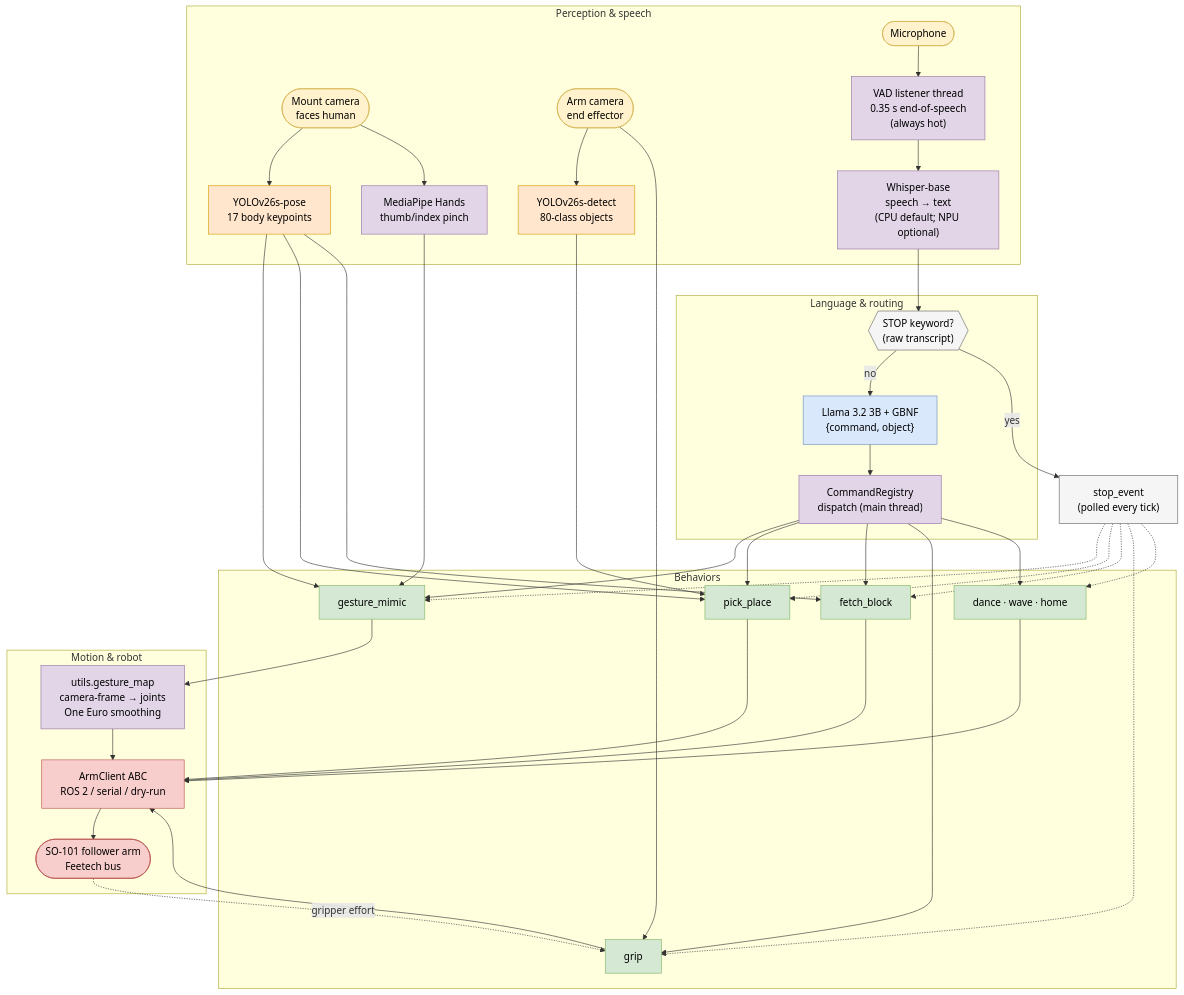
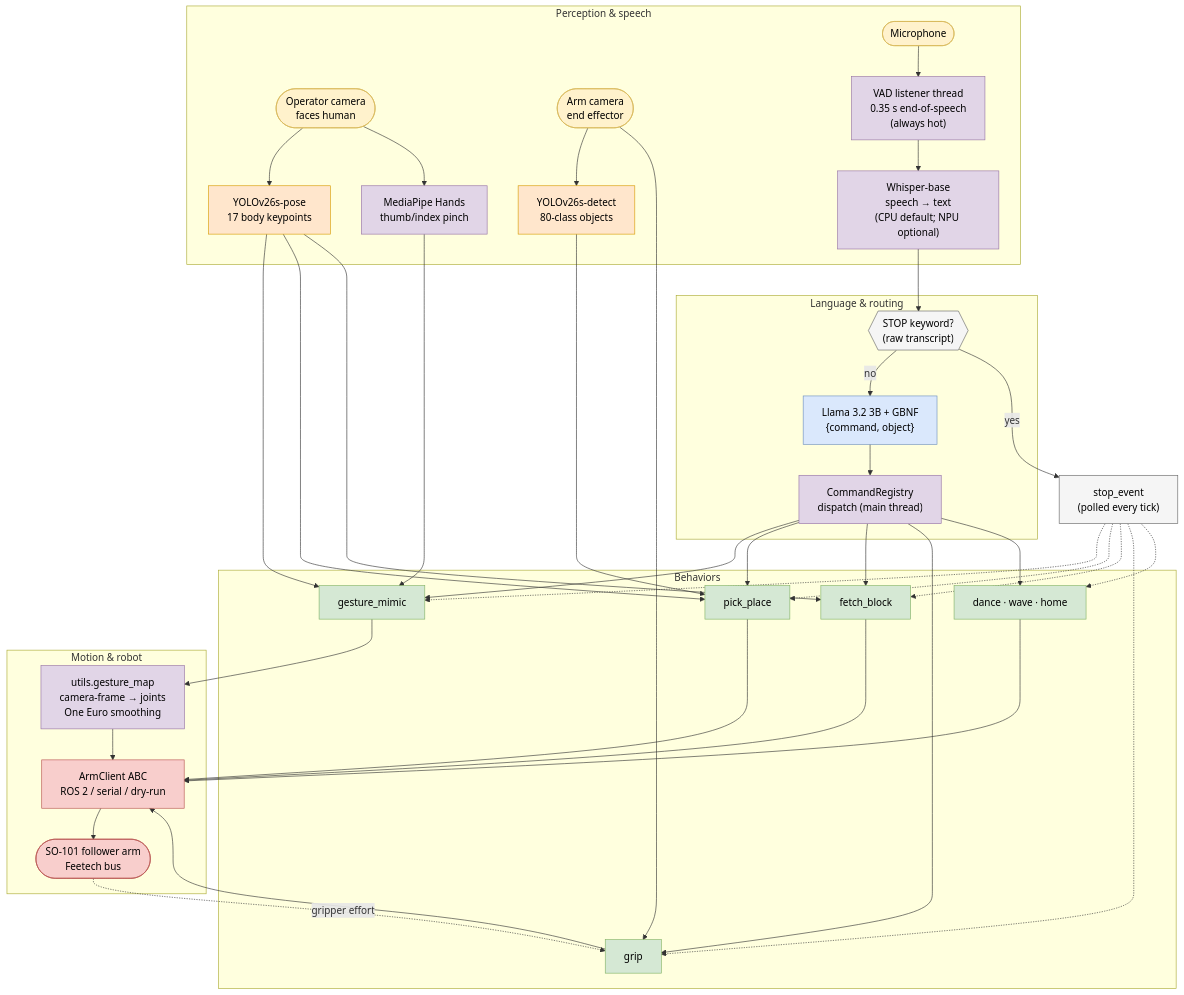
Before and after one commit to ThomasGmeinder/embedded-x86-ai: the first of 3 diagrams in workshops/vvla-pipeline/README.md, drawn with Mermaid. The commit also changed other lines of this file and 38 other files, not shown here.

Commit message:
Rename the user-facing "mount" camera to "operator".

````diff
--- a/workshops/vvla-pipeline/README.md
+++ b/workshops/vvla-pipeline/README.md
@@ -12,71 +12,71 @@
 ```mermaid
 flowchart TB
     subgraph SENSE["Perception &amp; speech"]
         MIC([Microphone]):::io
-        MOUNTCAM([Mount camera<br/>faces human]):::io
+        OPERATORCAM([Operator camera<br/>faces human]):::io
         ARMCAM([Arm camera<br/>end effector]):::io
 
         VAD["VAD listener thread<br/>0.35 s end-of-speech<br/>(always hot)"]:::cpu
         WHISPER["Whisper-base<br/>speech → text<br/>(CPU default; NPU optional)"]:::cpu
         POSE["YOLOv26s-pose<br/>17 body keypoints"]:::npu
         DETECT["YOLOv26s-detect<br/>80-class objects"]:::npu
         HANDS["MediaPipe Hands<br/>thumb/index pinch"]:::cpu
     end
 
     subgraph THINK["Language &amp; routing"]
         STOPCHK{{"STOP keyword?<br/>(raw transcript)"}}:::gate
         LLAMA["Llama 3.2 3B + GBNF<br/>{command, object}"]:::gpu
         REG["CommandRegistry<br/>dispatch (main thread)"]:::cpu
     end
 
     subgraph ACT["Behaviors"]
         MIMIC["gesture_mimic"]:::beh
         PICK["pick_place"]:::beh
         FETCH["fetch_block"]:::beh
         GRIP["grip"]:::beh
         OTHER["dance · wave · home"]:::beh
     end
 
     subgraph MOVE["Motion &amp; robot"]
         RETARGET["utils.gesture_map<br/>camera-frame → joints<br/>One Euro smoothing"]:::cpu
         ARMCLIENT["ArmClient ABC<br/>ROS 2 / serial / dry-run"]:::robot
         ARM([SO-101 follower arm<br/>Feetech bus]):::robot
     end
 
     STOPEVENT["stop_event<br/>(polled every tick)"]:::gate
 
     MIC --> VAD --> WHISPER --> STOPCHK
     STOPCHK -- "no" --> LLAMA --> REG
     STOPCHK -- "yes" --> STOPEVENT
 
-    MOUNTCAM --> POSE
-    MOUNTCAM --> HANDS
+    OPERATORCAM --> POSE
+    OPERATORCAM --> HANDS
     ARMCAM --> DETECT
     ARMCAM --> GRIP
 
     REG --> MIMIC & PICK & FETCH & GRIP & OTHER
 
     POSE --> MIMIC
     HANDS --> MIMIC
     DETECT --> PICK
     POSE --> PICK
     POSE --> FETCH
 
     MIMIC --> RETARGET --> ARMCLIENT
     PICK --> ARMCLIENT
     FETCH --> ARMCLIENT
     GRIP --> ARMCLIENT
     OTHER --> ARMCLIENT
     ARMCLIENT --> ARM
     ARM -. "gripper effort" .-> GRIP
 
     STOPEVENT -.-> MIMIC & PICK & FETCH & GRIP & OTHER
 
     classDef npu fill:#ffe6cc,stroke:#d79b00,color:#000;
     classDef gpu fill:#dae8fc,stroke:#6c8ebf,color:#000;
     classDef cpu fill:#e1d5e7,stroke:#9673a6,color:#000;
     classDef beh fill:#d5e8d4,stroke:#82b366,color:#000;
     classDef robot fill:#f8cecc,stroke:#b85450,color:#000;
     classDef io fill:#fff2cc,stroke:#d6b656,color:#000;
     classDef gate fill:#f5f5f5,stroke:#666,color:#000;
 ```
````
